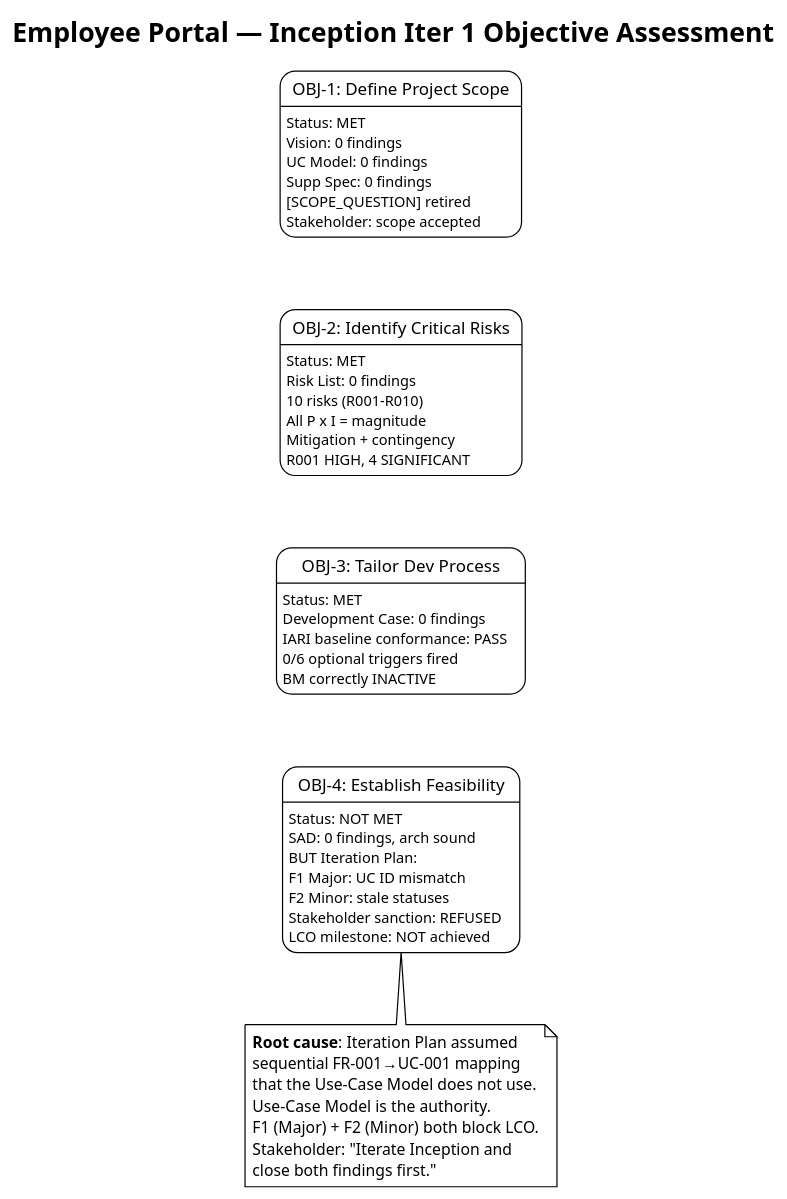
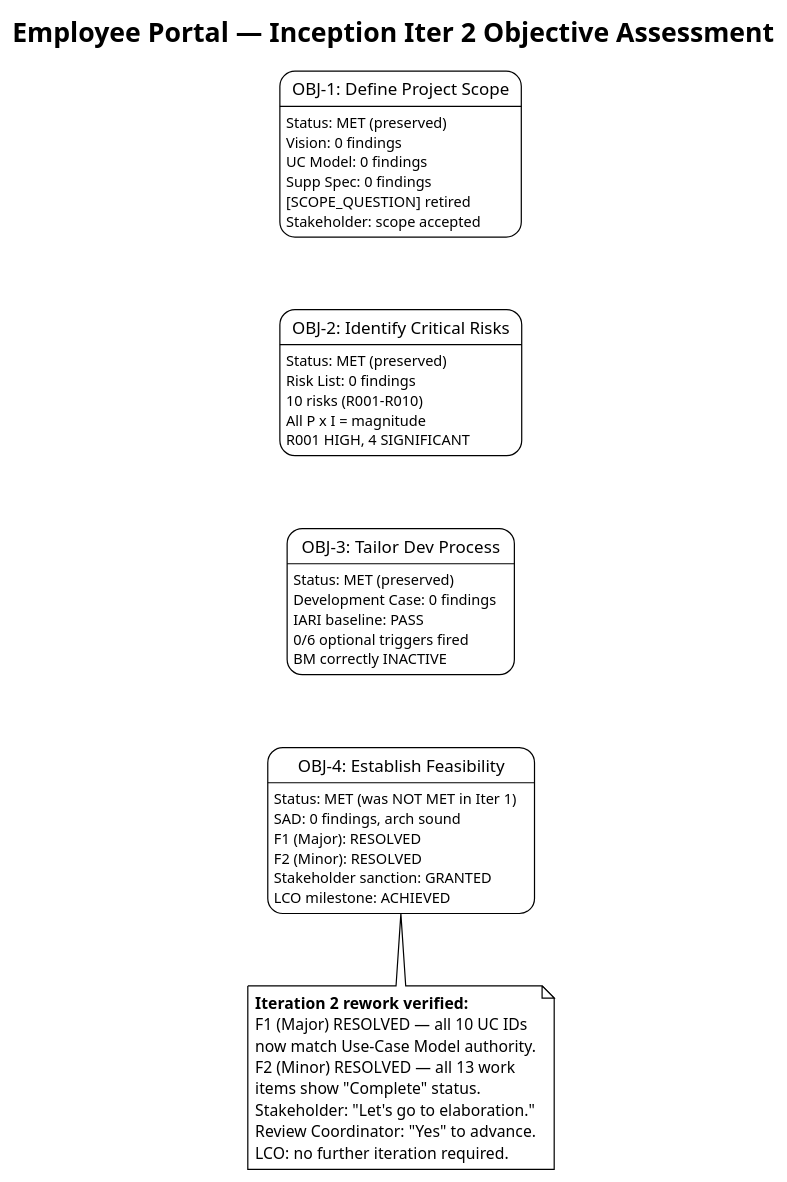
The first of 4 diagrams in docs/artifacts/project-management/iteration-assessment.md (banense-test/employee-portal), drawn with PlantUML before and after one commit. The commit also changed other lines of this file, not shown here.

First line of the commit message:
Project Manager [I2]: upsert Iteration Assessment

````diff
--- a/docs/artifacts/project-management/iteration-assessment.md
+++ b/docs/artifacts/project-management/iteration-assessment.md
@@ -17,57 +19,56 @@
 ```plantuml
 @startuml
 !theme plain
-title Employee Portal — Inception Iter 1 Objective Assessment
+title Employee Portal — Inception Iter 2 Objective Assessment
 
 state "OBJ-1: Define Project Scope" as OBJ1 {
-  OBJ1 : Status: MET
+  OBJ1 : Status: MET (preserved)
   OBJ1 : Vision: 0 findings
   OBJ1 : UC Model: 0 findings
   OBJ1 : Supp Spec: 0 findings
   OBJ1 : [SCOPE_QUESTION] retired
   OBJ1 : Stakeholder: scope accepted
 }
 
 state "OBJ-2: Identify Critical Risks" as OBJ2 {
-  OBJ2 : Status: MET
+  OBJ2 : Status: MET (preserved)
   OBJ2 : Risk List: 0 findings
   OBJ2 : 10 risks (R001-R010)
   OBJ2 : All P x I = magnitude
-  OBJ2 : Mitigation + contingency
   OBJ2 : R001 HIGH, 4 SIGNIFICANT
 }
 
 state "OBJ-3: Tailor Dev Process" as OBJ3 {
-  OBJ3 : Status: MET
+  OBJ3 : Status: MET (preserved)
   OBJ3 : Development Case: 0 findings
-  OBJ3 : IARI baseline conformance: PASS
+  OBJ3 : IARI baseline: PASS
   OBJ3 : 0/6 optional triggers fired
   OBJ3 : BM correctly INACTIVE
 }
 
 state "OBJ-4: Establish Feasibility" as OBJ4 {
-  OBJ4 : Status: NOT MET
+  OBJ4 : Status: MET (was NOT MET in Iter 1)
   OBJ4 : SAD: 0 findings, arch sound
-  OBJ4 : BUT Iteration Plan:
-  OBJ4 :   F1 Major: UC ID mismatch
-  OBJ4 :   F2 Minor: stale statuses
-  OBJ4 : Stakeholder sanction: REFUSED
-  OBJ4 : LCO milestone: NOT achieved
+  OBJ4 : F1 (Major): RESOLVED
+  OBJ4 : F2 (Minor): RESOLVED
+  OBJ4 : Stakeholder sanction: GRANTED
+  OBJ4 : LCO milestone: ACHIEVED
 }
 
 OBJ1 -[hidden]-> OBJ2
 OBJ2 -[hidden]-> OBJ3
 OBJ3 -[hidden]-> OBJ4
 
 note bottom of OBJ4
-  **Root cause**: Iteration Plan assumed
-  sequential FR-001→UC-001 mapping
-  that the Use-Case Model does not use.
-  Use-Case Model is the authority.
-  F1 (Major) + F2 (Minor) both block LCO.
-  Stakeholder: "Iterate Inception and
-  close both findings first."
+  **Iteration 2 rework verified:**
+  F1 (Major) RESOLVED — all 10 UC IDs
+  now match Use-Case Model authority.
+  F2 (Minor) RESOLVED — all 13 work
+  items show "Complete" status.
+  Stakeholder: "Let's go to elaboration."
+  Review Coordinator: "Yes" to advance.
+  LCO: no further iteration required.
 end note
 
 @enduml
 ```
````
